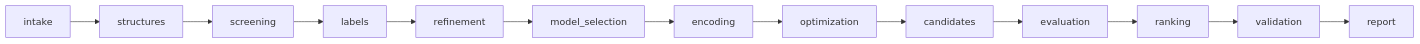
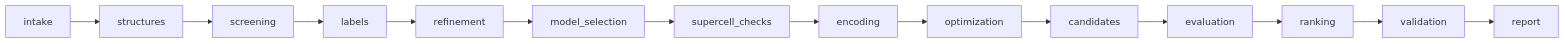
The diagram in IMPLEMENTATION.md (g42alaxy/OSI-ENSxTUM), drawn with Mermaid before and after one commit. The commit also changed other lines of this file and 32 other files, not shown here.

````diff
--- a/IMPLEMENTATION.md
+++ b/IMPLEMENTATION.md
@@ -23,5 +29,5 @@
 ```mermaid
 flowchart LR
   A[intake] --> B[structures] --> C[screening] --> D[labels] --> E[refinement] --> F[model_selection]
-  F --> G[encoding] --> H[optimization] --> I[candidates] --> J[evaluation] --> K[ranking] --> L[validation] --> M[report]
+  F --> F2[supercell_checks] --> G[encoding] --> H[optimization] --> I[candidates] --> J[evaluation] --> K[ranking] --> L[validation] --> M[report]
 ```
````
